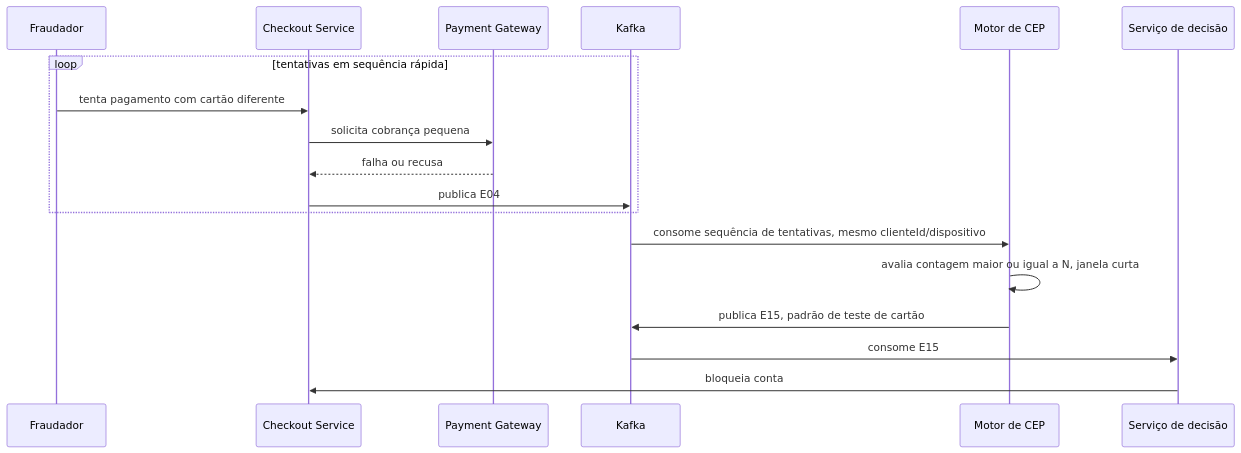
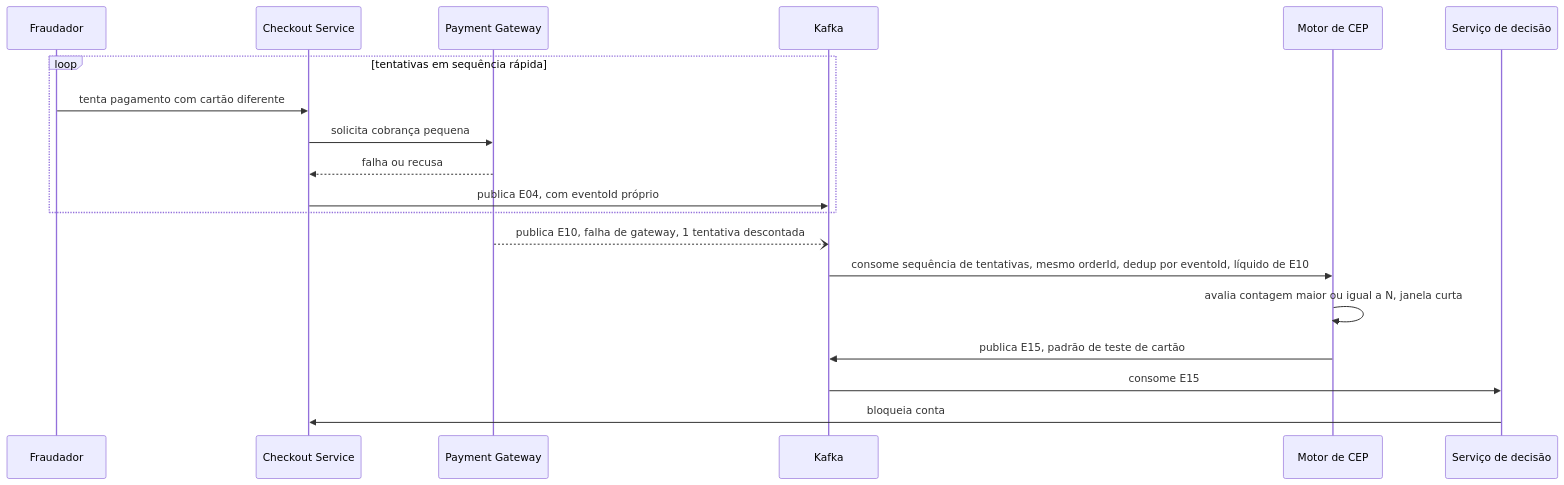
Before and after one commit to AndreLobo1/scsdscd: the sixth of 6 diagrams in ponderada-cep-antifraude.md, drawn with Mermaid. The commit also changed other lines of this file, not shown here.

````diff
--- a/ponderada-cep-antifraude.md
+++ b/ponderada-cep-antifraude.md
@@ -265,21 +401,22 @@
 ```mermaid
 sequenceDiagram
     participant Fraudador
     participant Checkout as Checkout Service
     participant Gateway as Payment Gateway
     participant Kafka
     participant CEP as Motor de CEP
     participant Decisao as Serviço de decisão
 
     loop tentativas em sequência rápida
         Fraudador->>Checkout: tenta pagamento com cartão diferente
         Checkout->>Gateway: solicita cobrança pequena
         Gateway-->>Checkout: falha ou recusa
-        Checkout->>Kafka: publica E04
+        Checkout->>Kafka: publica E04, com eventoId próprio
     end
-    Kafka->>CEP: consome sequência de tentativas, mesmo clienteId/dispositivo
+    Gateway--)Kafka: publica E10, falha de gateway, 1 tentativa descontada
+    Kafka->>CEP: consome sequência de tentativas, mesmo orderId, dedup por eventoId, líquido de E10
     CEP->>CEP: avalia contagem maior ou igual a N, janela curta
     CEP->>Kafka: publica E15, padrão de teste de cartão
     Kafka->>Decisao: consome E15
     Decisao->>Checkout: bloqueia conta
 ```
````
